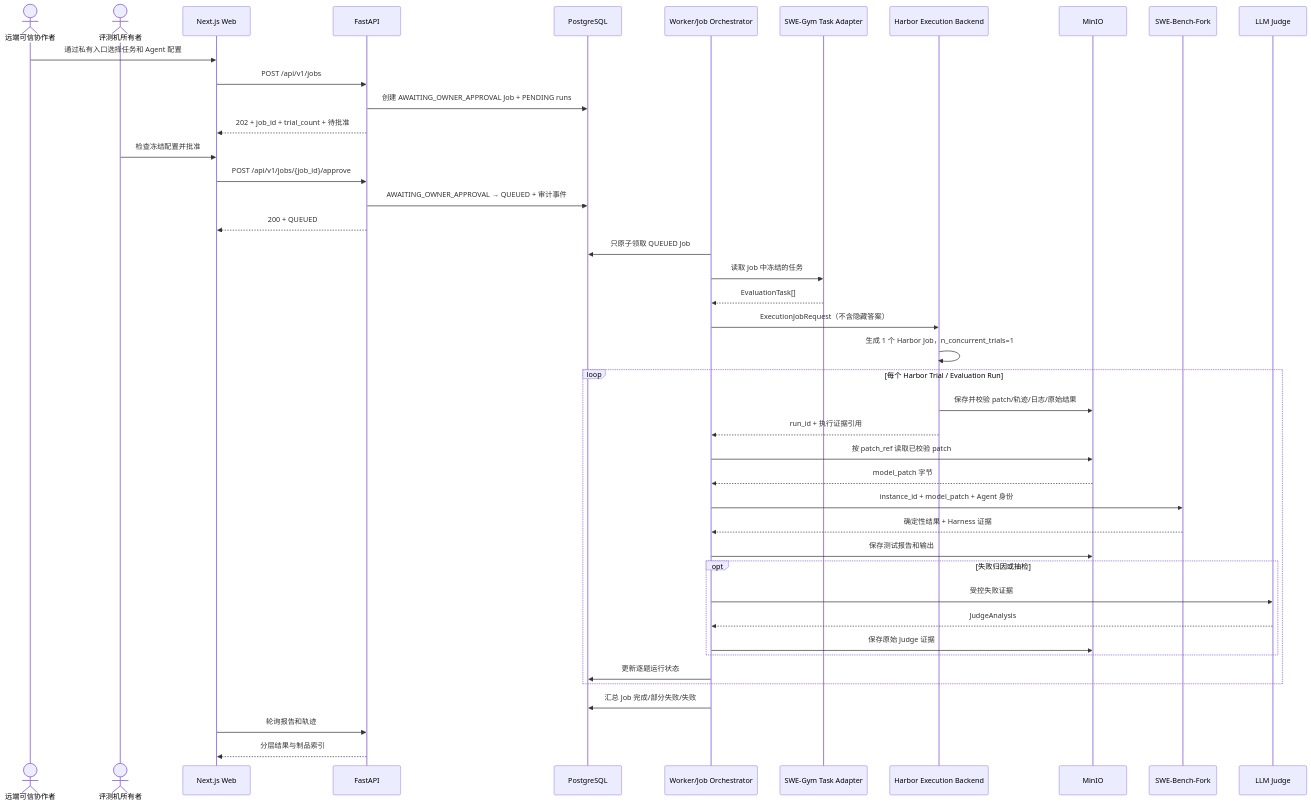
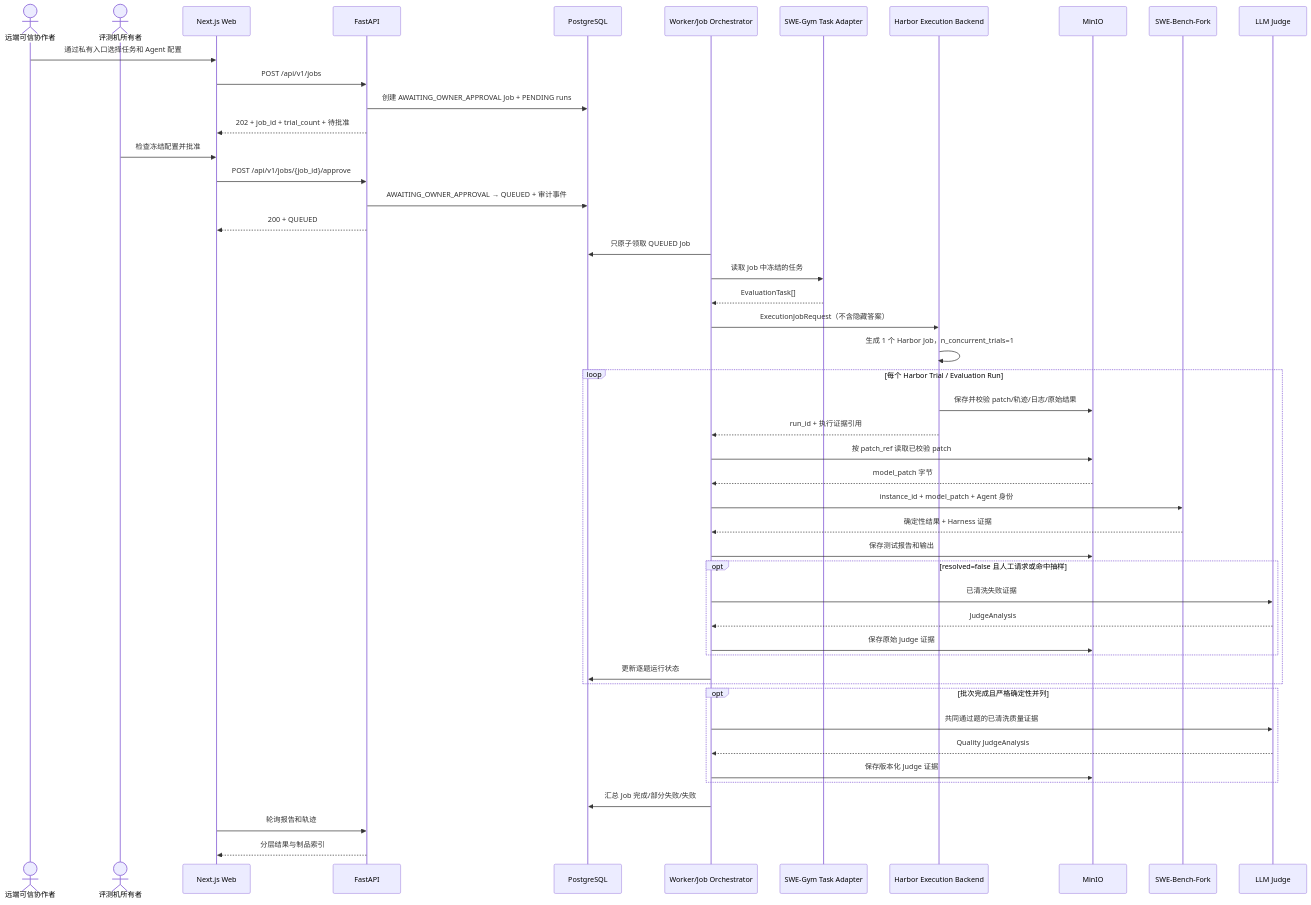
The second of 2 diagrams in docs/architecture/ARCHITECTURE.md (anphuchoang5-sys/agent-exam), drawn with Mermaid before and after one commit. The commit also changed other lines of this file and 16 other files, not shown here.

Commit message:
docs: finalize evaluation MVP architecture

````diff
--- a/docs/architecture/ARCHITECTURE.md
+++ b/docs/architecture/ARCHITECTURE.md
@@ -128,46 +143,51 @@
 ```mermaid
 sequenceDiagram
     actor C as 远端可信协作者
     actor O as 评测机所有者
     participant W as Next.js Web
     participant A as FastAPI
     participant D as PostgreSQL
     participant K as Worker/Job Orchestrator
     participant T as SWE-Gym Task Adapter
     participant H as Harbor Execution Backend
     participant S as MinIO
     participant E as SWE-Bench-Fork
     participant J as LLM Judge
 
     C->>W: 通过私有入口选择任务和 Agent 配置
     W->>A: POST /api/v1/jobs
     A->>D: 创建 AWAITING_OWNER_APPROVAL Job + PENDING runs
     A-->>W: 202 + job_id + trial_count + 待批准
     O->>W: 检查冻结配置并批准
     W->>A: POST /api/v1/jobs/{job_id}/approve
     A->>D: AWAITING_OWNER_APPROVAL → QUEUED + 审计事件
     A-->>W: 200 + QUEUED
     K->>D: 只原子领取 QUEUED Job
     K->>T: 读取 Job 中冻结的任务
     T-->>K: EvaluationTask[]
     K->>H: ExecutionJobRequest（不含隐藏答案）
     H->>H: 生成 1 个 Harbor Job，n_concurrent_trials=1
     loop 每个 Harbor Trial / Evaluation Run
         H->>S: 保存并校验 patch/轨迹/日志/原始结果
         H-->>K: run_id + 执行证据引用
         K->>S: 按 patch_ref 读取已校验 patch
         S-->>K: model_patch 字节
         K->>E: instance_id + model_patch + Agent 身份
         E-->>K: 确定性结果 + Harness 证据
         K->>S: 保存测试报告和输出
-        opt 失败归因或抽检
-            K->>J: 受控失败证据
+        opt resolved=false 且人工请求或命中抽样
+            K->>J: 已清洗失败证据
             J-->>K: JudgeAnalysis
             K->>S: 保存原始 Judge 证据
         end
         K->>D: 更新逐题运行状态
     end
+    opt 批次完成且严格确定性并列
+        K->>J: 共同通过题的已清洗质量证据
+        J-->>K: Quality JudgeAnalysis
+        K->>S: 保存版本化 Judge 证据
+    end
     K->>D: 汇总 Job 完成/部分失败/失败
     W->>A: 轮询报告和轨迹
     A-->>W: 分层结果与制品索引
 ```
````
